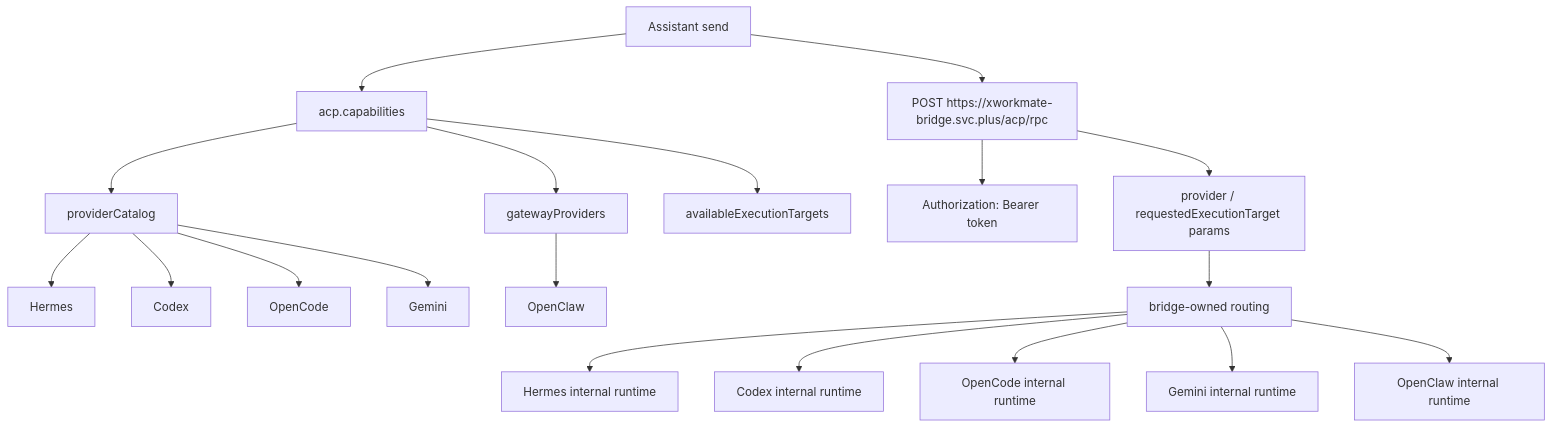
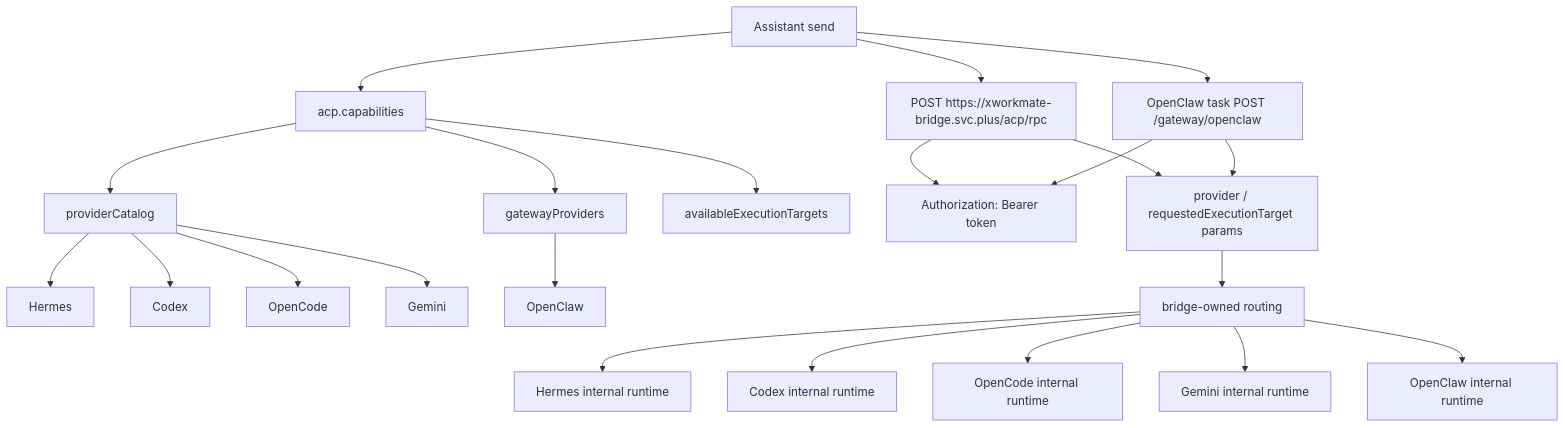
The diagram in docs/architecture/bridge-runtime-routing-map.md (ai-workspace-lab/xworkmate-app), drawn with Mermaid before and after one commit. The commit also changed other lines of this file and 5 other files, not shown here.

Commit message:
fix: use openclaw task submit endpoint

````diff
--- a/docs/architecture/bridge-runtime-routing-map.md
+++ b/docs/architecture/bridge-runtime-routing-map.md
@@ -11,24 +11,27 @@
 ```mermaid
 flowchart TD
   A["Assistant send"] --> B["acp.capabilities"]
   B --> C["providerCatalog"]
   B --> D["gatewayProviders"]
   B --> E["availableExecutionTargets"]
 
   C --> F["Hermes"]
   C --> G["Codex"]
   C --> H["OpenCode"]
   C --> I["Gemini"]
   D --> J["OpenClaw"]
 
   A --> P["POST https://xworkmate-bridge.svc.plus/acp/rpc"]
+  A --> T["OpenClaw task POST /gateway/openclaw"]
   P --> Q["Authorization: Bearer token"]
+  T --> Q
   P --> R["provider / requestedExecutionTarget params"]
+  T --> R
   R --> S["bridge-owned routing"]
 
   S --> K["Hermes internal runtime"]
   S --> L["Codex internal runtime"]
   S --> M["OpenCode internal runtime"]
   S --> N["Gemini internal runtime"]
   S --> O["OpenClaw internal runtime"]
 ```
````
